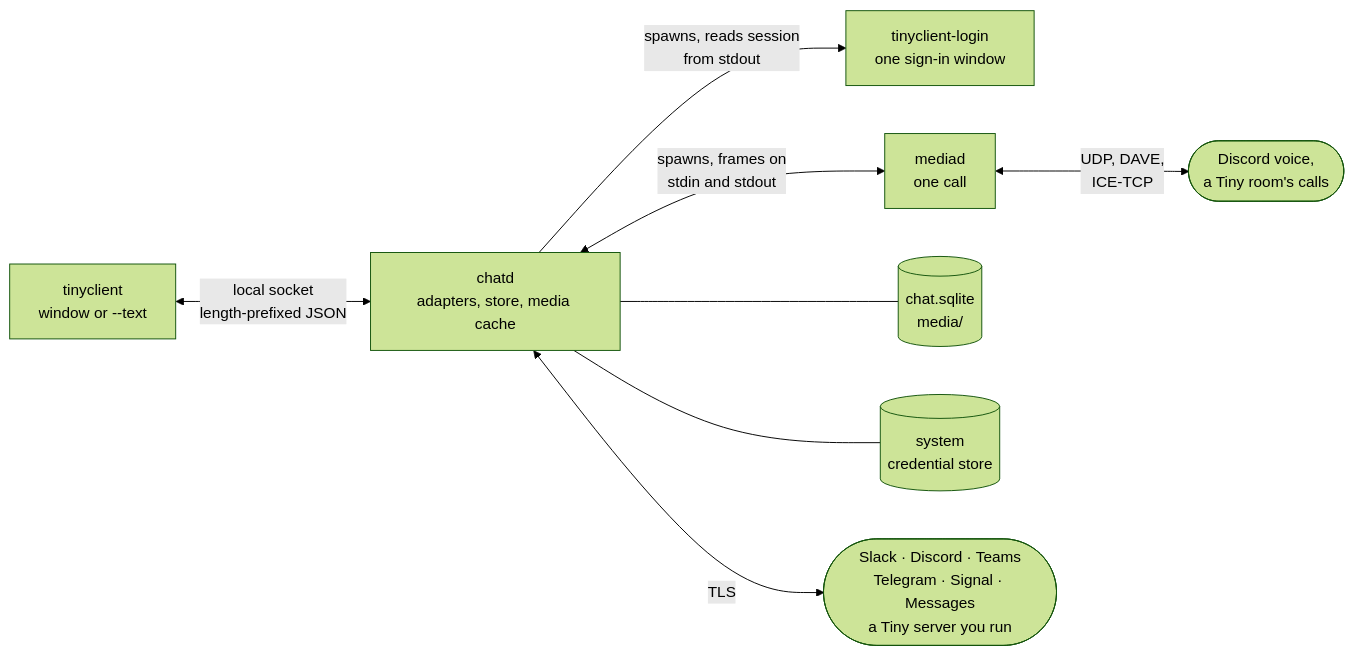
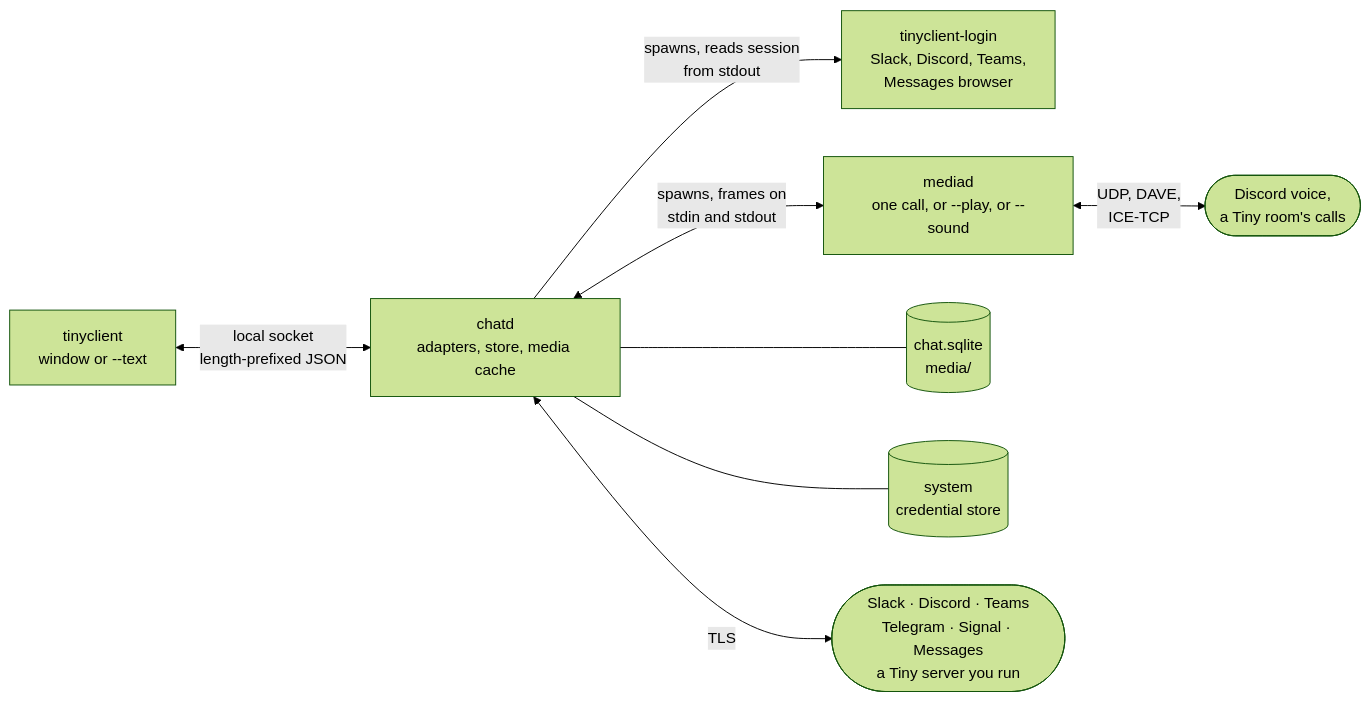
Before and after one commit to TinyComms/tinyclient: the diagram in README.md, drawn with Mermaid (forest theme). The commit also changed other lines of this file and 39 other files, not shown here.

````diff
--- a/README.md
+++ b/README.md
@@ -259,19 +427,19 @@
 ```mermaid
 flowchart LR
     shell["tinyclient<br/>window or --text"]
     chatd["chatd<br/>adapters, store, media cache"]
-    login["tinyclient-login<br/>one sign-in window"]
-    mediad["mediad<br/>one call"]
+    login["tinyclient-login<br/>Slack, Discord, Teams,<br/>Messages browser"]
+    mediad["mediad<br/>one call, or --play, or --sound"]
     db[("chat.sqlite<br/>media/")]
     keys[("system<br/>credential store")]
     nets(["Slack · Discord · Teams<br/>Telegram · Signal · Messages<br/>a Tiny server you run"])
     voice(["Discord voice,<br/>a Tiny room's calls"])
 
     shell <-->|"local socket<br/>length-prefixed JSON"| chatd
     chatd -->|"spawns, reads session<br/>from stdout"| login
     chatd <-->|"spawns, frames on<br/>stdin and stdout"| mediad
     chatd --- db
     chatd --- keys
     chatd <-->|TLS| nets
     mediad <-->|"UDP, DAVE,<br/>ICE-TCP"| voice
 ```
````
